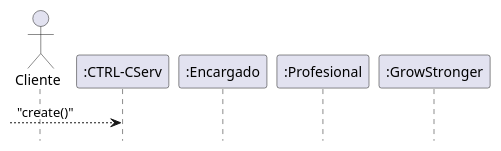
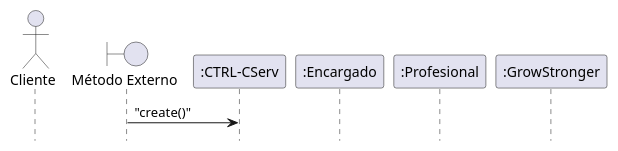
One commit to Z0SO/UML-Practice changed the second of 2 diagrams in Modelo Final/Resolucion de Z0SO.md. Above: the diagram before and after it, drawn with PlantUML. The commit also changed 1 other file, not shown here.

Commit message:
Z0SO bkp -> 2024-06-30 19:35:46

````diff
--- a/Modelo Final/Resolucion de Z0SO.md
+++ b/Modelo Final/Resolucion de Z0SO.md
@@ -82,17 +82,23 @@
 ```plantuml
 @startuml
-' escondiendo el footbox
+' Escondiendo el footbox
 hide footbox
 
+actor "Cliente" as cliente
 
+' Definimos un boundary para representar un método externo
+boundary "Método Externo" as metodoExterno
 
-actor "Cliente" as cliente
 participant ":CTRL-CServ" as ctrlC
---> ctrlC : "create()"
+
+metodoExterno -> ctrlC : "create()"
+create ctrlC
 
 participant ":Encargado" as enc
 participant ":Profesional" as prof
 participant ":GrowStronger" as GS
 
 @enduml
+
+
 ```
````
